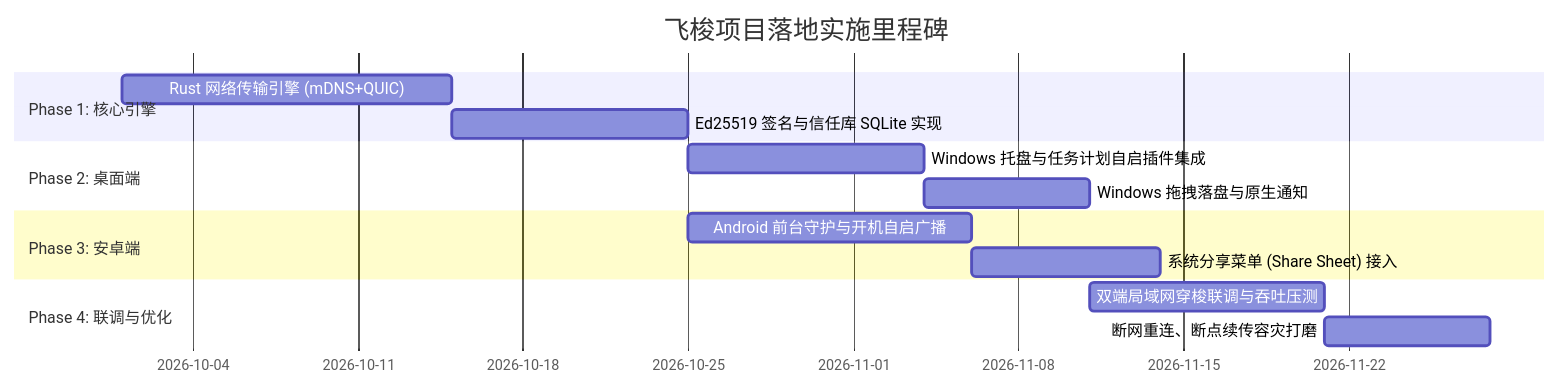
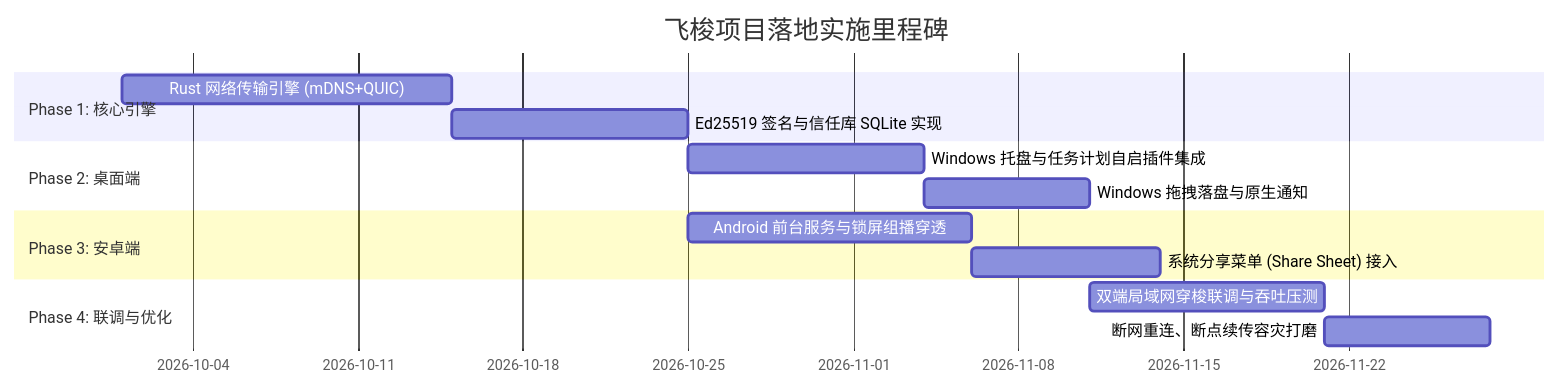
One commit to soldier-cv/feisuo changed the third of 3 diagrams in FRAMEWORK_DESIGN.md. Above: the diagram before and after it, drawn with Mermaid. The commit also changed other lines of this file and 44 other files, not shown here.

````diff
--- a/FRAMEWORK_DESIGN.md
+++ b/FRAMEWORK_DESIGN.md
@@ -484,17 +482,17 @@
 ```mermaid
 gantt
     title 飞梭项目落地实施里程碑
     dateFormat  YYYY-MM-DD
     section Phase 1: 核心引擎
     Rust 网络传输引擎 (mDNS+QUIC)       :a1, 2026-10-01, 14d
     Ed25519 签名与信任库 SQLite 实现     :a2, after a1, 10d
     section Phase 2: 桌面端
     Windows 托盘与任务计划自启插件集成   :b1, after a2, 10d
     Windows 拖拽落盘与原生通知          :b2, after b1, 7d
     section Phase 3: 安卓端
-    Android 前台守护与开机自启广播      :c1, after a2, 12d
+    Android 前台服务与锁屏组播穿透      :c1, after a2, 12d
     系统分享菜单 (Share Sheet) 接入     :c2, after c1, 8d
     section Phase 4: 联调与优化
     双端局域网穿梭联调与吞吐压测        :d1, after b2, 10d
     断网重连、断点续传容灾打磨          :d2, after d1, 7d
 ```
````
